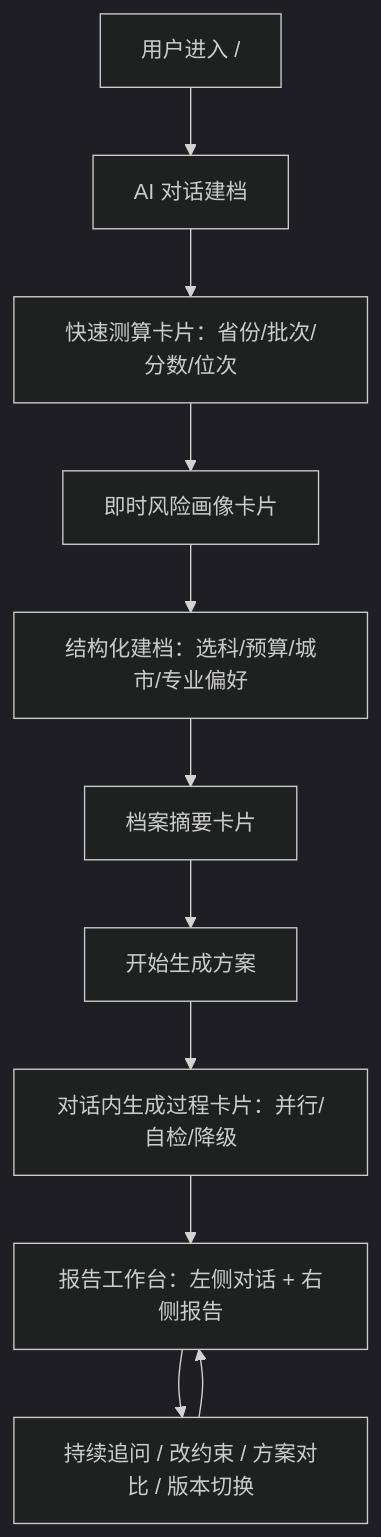
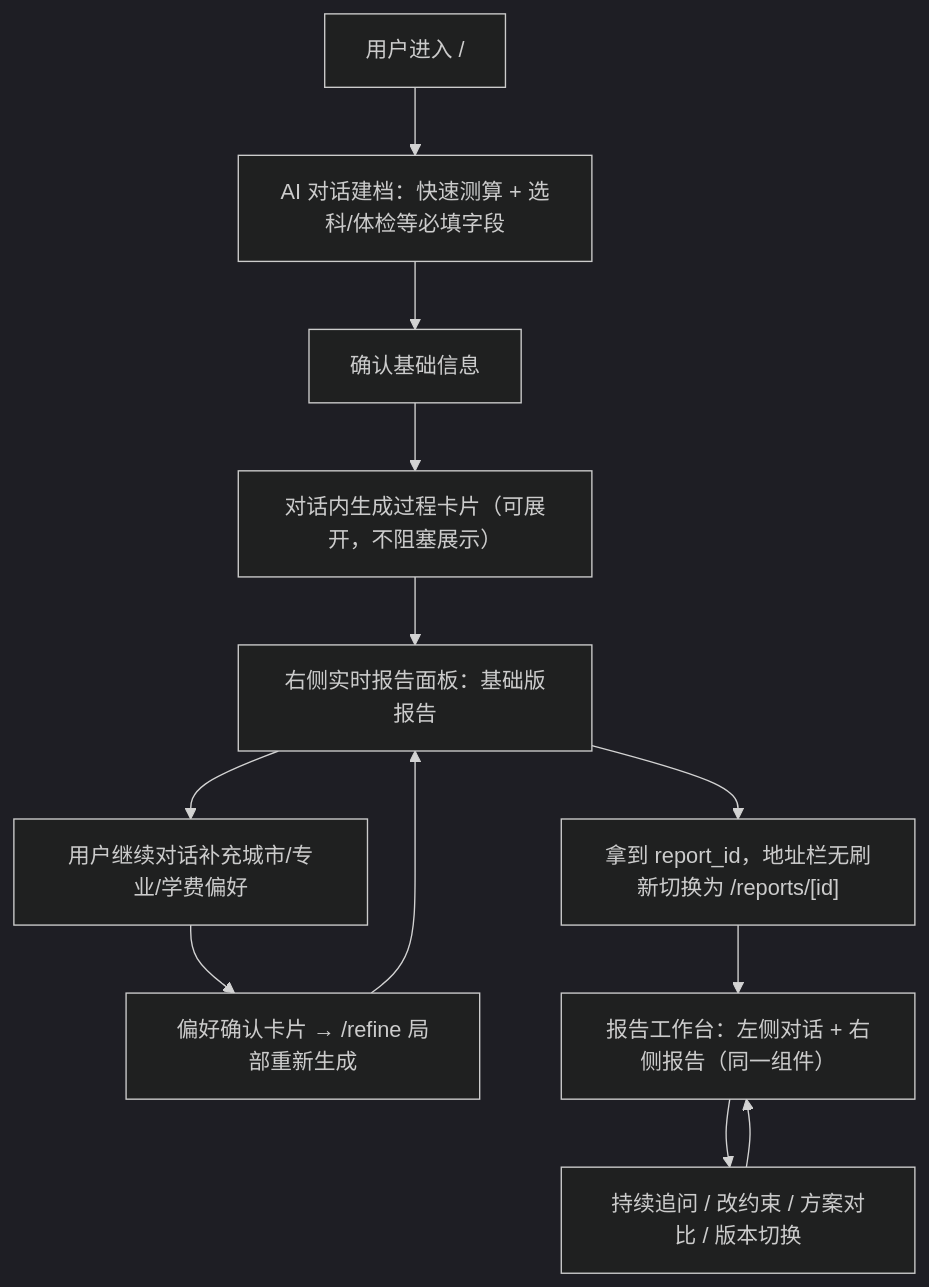
Before and after one commit to debugzhao/jin-guide: the second of 6 diagrams in docs/frontend-prd-v2.md, drawn with Mermaid (dark theme). The commit also changed other lines of this file and 1 other file, not shown here.

````diff
--- a/docs/frontend-prd-v2.md
+++ b/docs/frontend-prd-v2.md
@@ -251,13 +255,14 @@
 ```mermaid
 flowchart TD
-  A["用户进入 /"] --> B["AI 对话建档"]
-  B --> C["快速测算卡片：省份/批次/分数/位次"]
-  C --> D["即时风险画像卡片"]
-  D --> E["结构化建档：选科/预算/城市/专业偏好"]
-  E --> F["档案摘要卡片"]
-  F --> G["开始生成方案"]
-  G --> H["对话内生成过程卡片：并行/自检/降级"]
-  H --> I["报告工作台：左侧对话 + 右侧报告"]
+  A["用户进入 /"] --> B["AI 对话建档：快速测算 + 选科/体检等必填字段"]
+  B --> C["确认基础信息"]
+  C --> D["对话内生成过程卡片（可展开，不阻塞展示）"]
+  D --> E["右侧实时报告面板：基础版报告"]
+  E --> F["用户继续对话补充城市/专业/学费偏好"]
+  F --> G["偏好确认卡片 → /refine 局部重新生成"]
+  G --> E
+  E --> H["拿到 report_id，地址栏无刷新切换为 /reports/[id]"]
+  H --> I["报告工作台：左侧对话 + 右侧报告（同一组件）"]
   I --> J["持续追问 / 改约束 / 方案对比 / 版本切换"]
   J --> I
 ```
````
